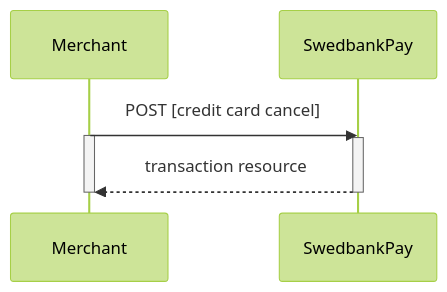
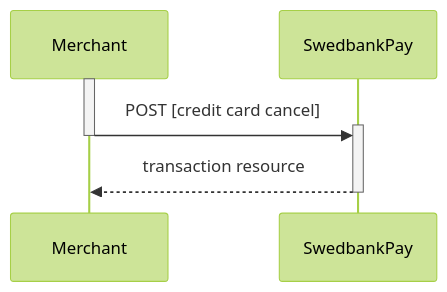
One commit to SwedbankPay/developer.swedbankpay.com changed the sixth of 10 diagrams in payments/credit-card/after-payment.md. Above: the diagram before and after it, drawn with Mermaid (forest theme). The commit also changed other lines of this file, not shown here.

Commit message:
DX-406 added descriptions of properties, fixed sequence diagrams, added code fences, typo fix, and added links

````diff
--- a/payments/credit-card/after-payment.md
+++ b/payments/credit-card/after-payment.md
@@ -652,9 +734,8 @@
 ```mermaid
 sequenceDiagram
-  Merchant->>SwedbankPay: POST [credit card cancel]
   activate Merchant
-  activate SwedbankPay
+  Merchant->>+SwedbankPay: POST [credit card cancel]
+  deactivate Merchant
   SwedbankPay-->>Merchant: transaction resource
   deactivate SwedbankPay
-  deactivate Merchant
 ```
````
